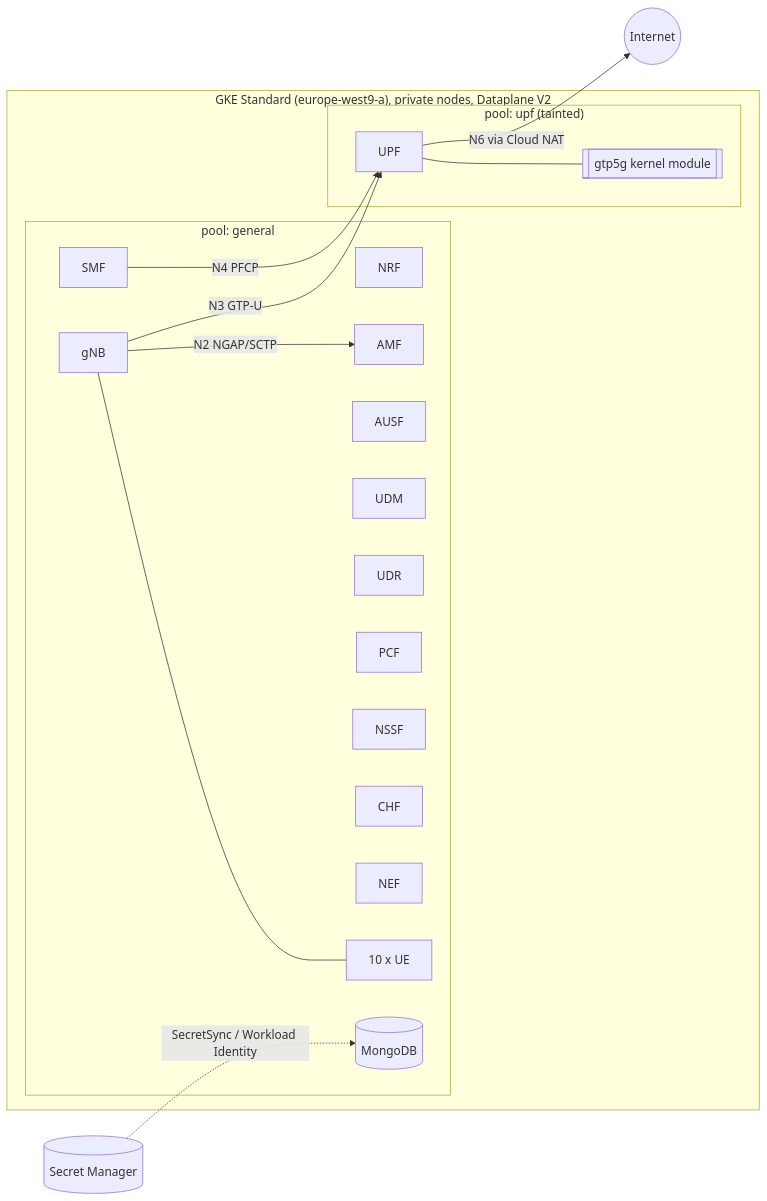
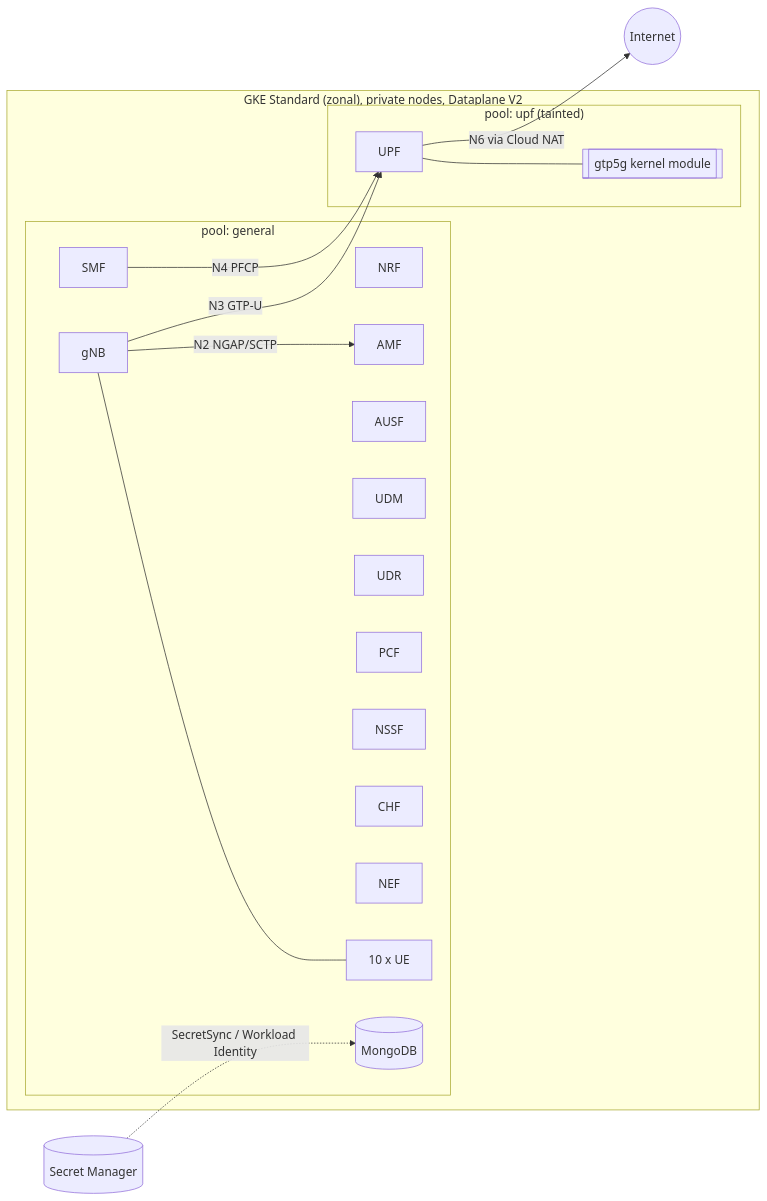
One commit to hamzaken/free5gc-gcp-terraform changed the diagram in README.md. Above: the diagram before and after it, drawn with Mermaid. The commit also changed other lines of this file and 5 other files, not shown here.

````diff
--- a/README.md
+++ b/README.md
@@ -36,18 +36,18 @@
 ```mermaid
 flowchart LR
-  subgraph GKE["GKE Standard (europe-west9-a), private nodes, Dataplane V2"]
+  subgraph GKE["GKE Standard (zonal), private nodes, Dataplane V2"]
     subgraph gen["pool: general"]
       NRF & AMF & SMF & AUSF & UDM & UDR & PCF & NSSF & CHF & NEF
       DB[(MongoDB)]
       GNB[gNB] --- UES["10 x UE"]
     end
     subgraph upf["pool: upf (tainted)"]
       UPF[UPF] --- G5[[gtp5g kernel module]]
     end
   end
   GNB -- "N2 NGAP/SCTP" --> AMF
   GNB -- "N3 GTP-U" --> UPF
   SMF -- "N4 PFCP" --> UPF
   UPF -- "N6 via Cloud NAT" --> Internet((Internet))
   SM[(Secret Manager)] -. "SecretSync / Workload Identity" .-> DB
 ```
````
